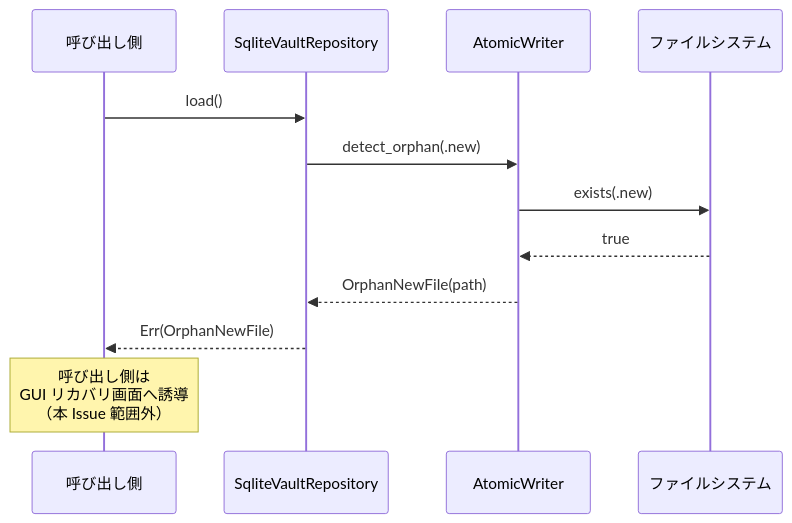
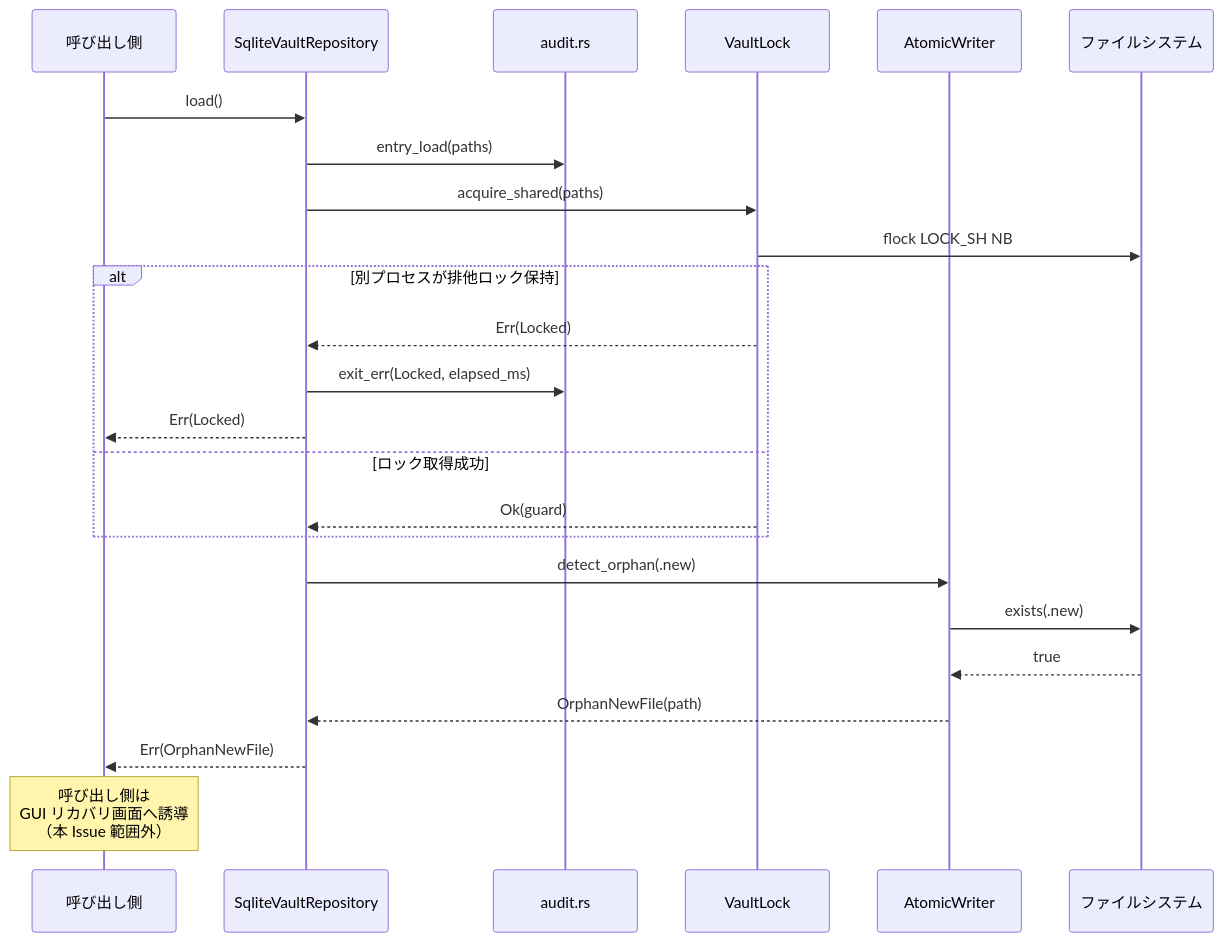
The fourth of 5 diagrams in docs/features/vault-persistence/basic-design.md (shikomi-dev/shikomi), drawn with Mermaid before and after one commit. The commit also changed other lines of this file and 7 other files, not shown here.

````diff
--- a/docs/features/vault-persistence/basic-design.md
+++ b/docs/features/vault-persistence/basic-design.md
@@ -258,15 +293,27 @@
 ```mermaid
 sequenceDiagram
     participant Caller as 呼び出し側
     participant Repo as SqliteVaultRepository
+    participant Audit as audit.rs
+    participant Lock as VaultLock
     participant Atomic as AtomicWriter
     participant FS as ファイルシステム
 
     Caller->>Repo: load()
+    Repo->>Audit: entry_load(paths)
+    Repo->>Lock: acquire_shared(paths)
+    Lock->>FS: flock LOCK_SH NB
+    alt 別プロセスが排他ロック保持
+        Lock-->>Repo: Err(Locked)
+        Repo->>Audit: exit_err(Locked, elapsed_ms)
+        Repo-->>Caller: Err(Locked)
+    else ロック取得成功
+        Lock-->>Repo: Ok(guard)
+    end
     Repo->>Atomic: detect_orphan(.new)
     Atomic->>FS: exists(.new)
     FS-->>Atomic: true
     Atomic-->>Repo: OrphanNewFile(path)
     Repo-->>Caller: Err(OrphanNewFile)
     Note over Caller: 呼び出し側は<br/>GUI リカバリ画面へ誘導<br/>（本 Issue 範囲外）
 ```
````
